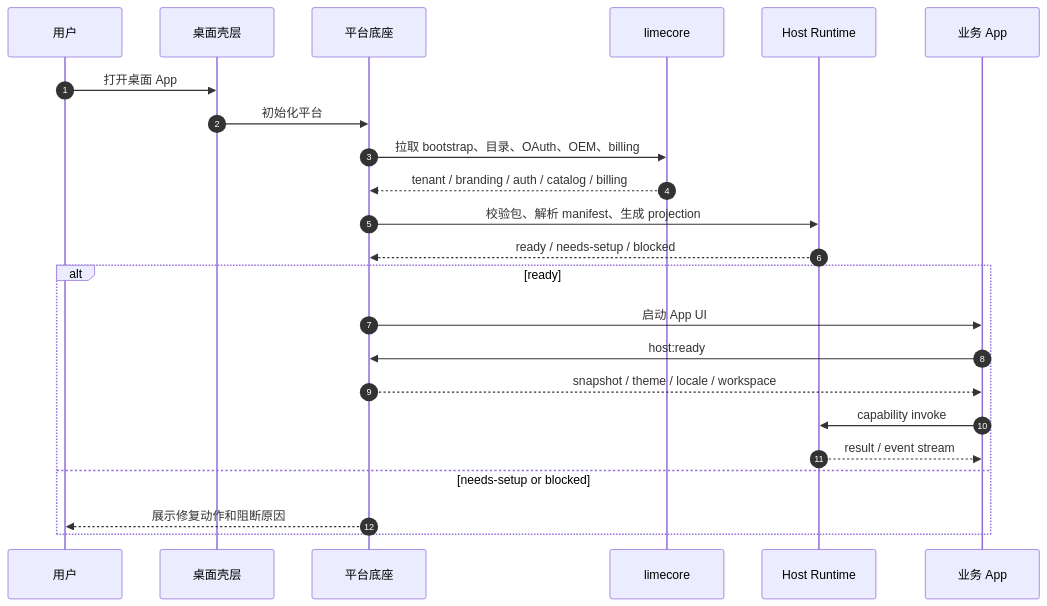
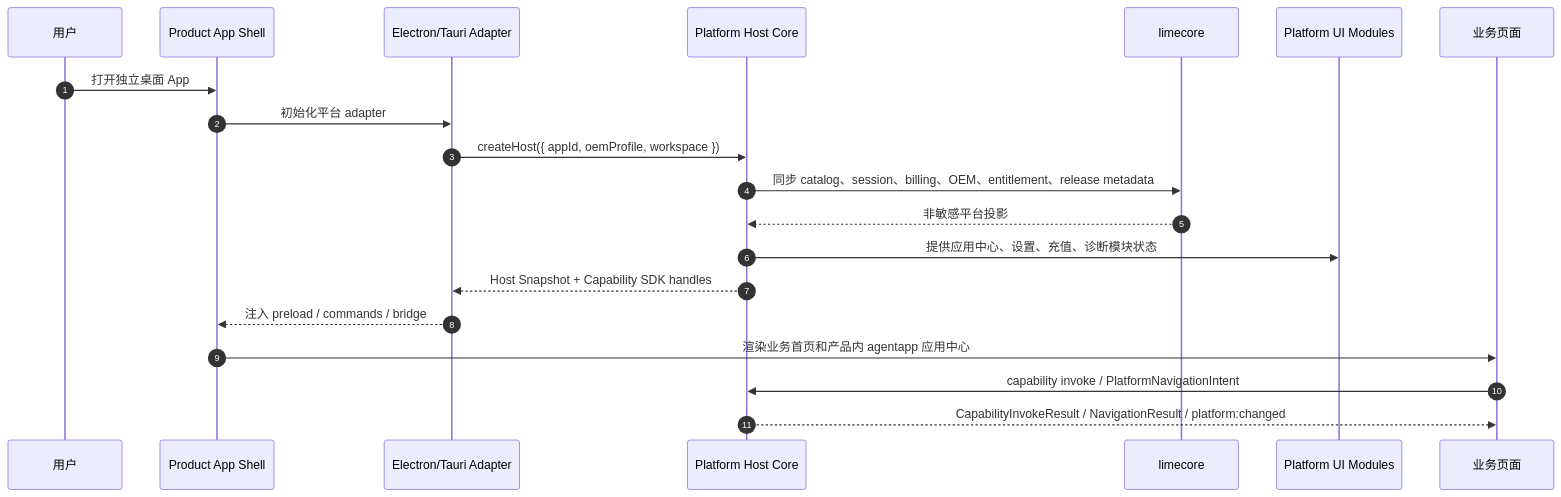
The fifth of 20 diagrams in docs/v1/architecture-diagrams.md (limecloud/lime-desktop-platform), drawn with Mermaid before and after one commit. The commit also changed other lines of this file and 85 other files, not shown here.

Commit message:
chore: release desktop platform v0.1.3

````diff
--- a/docs/v1/architecture-diagrams.md
+++ b/docs/v1/architecture-diagrams.md
@@ -77,27 +214,23 @@
 ```mermaid
 sequenceDiagram
   autonumber
   participant User as 用户
-  participant Shell as 桌面壳层
-  participant Platform as 平台底座
-  participant Cloud as limecore
-  participant Host as Host Runtime
-  participant App as 业务 App
+  participant App as Product App Shell
+  participant Adapter as Electron/Tauri Adapter
+  participant Core as Platform Host Core
+  participant Limecore as limecore
+  participant UI as Platform UI Modules
+  participant Business as 业务页面
 
-  User->>Shell: 打开桌面 App
-  Shell->>Platform: 初始化平台
-  Platform->>Cloud: 拉取 bootstrap、目录、OAuth、OEM、billing
-  Cloud-->>Platform: tenant / branding / auth / catalog / billing
-  Platform->>Host: 校验包、解析 manifest、生成 projection
-  Host-->>Platform: ready / needs-setup / blocked
-
-  alt ready
-    Platform->>App: 启动 App UI
-    App->>Platform: host:ready
-    Platform-->>App: snapshot / theme / locale / workspace
-    App->>Host: capability invoke
-    Host-->>App: result / event stream
-  else needs-setup or blocked
-    Platform-->>User: 展示修复动作和阻断原因
-  end
+  User->>App: 打开独立桌面 App
+  App->>Adapter: 初始化平台 adapter
+  Adapter->>Core: createHost({ appId, oemProfile, workspace })
+  Core->>Limecore: 同步 catalog、session、billing、OEM、entitlement、release metadata
+  Limecore-->>Core: 非敏感平台投影
+  Core->>UI: 提供应用中心、设置、充值、诊断模块状态
+  Core-->>Adapter: Host Snapshot + Capability SDK handles
+  Adapter-->>App: 注入 preload / commands / bridge
+  App->>Business: 渲染业务首页和产品内 agentapp 应用中心
+  Business->>Core: capability invoke / PlatformNavigationIntent
+  Core-->>Business: CapabilityInvokeResult / NavigationResult / platform:changed
 ```
````
